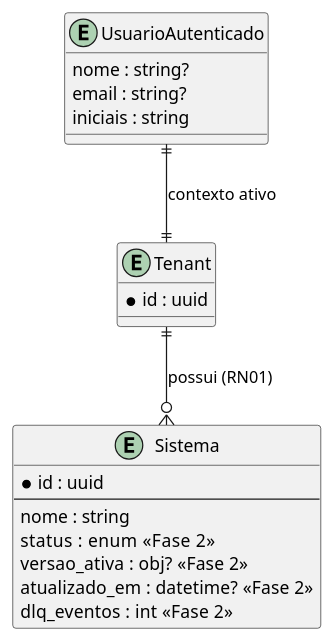
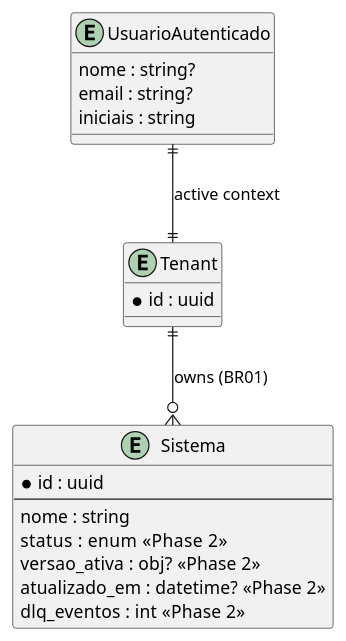
One commit to GiovaniRodrigo/arquitetura-mach-saas-nocode changed the diagram in specs/003-dashboard-integracao-dados/data-model.md. Above: the diagram before and after it, drawn with PlantUML. The commit also changed other lines of this file and 86 other files, not shown here.

````diff
--- a/specs/003-dashboard-integracao-dados/data-model.md
+++ b/specs/003-dashboard-integracao-dados/data-model.md
@@ -78,23 +78,23 @@
 ```plantuml
 @startuml
 entity "Tenant" {
   * id : uuid
 }
 entity "Sistema" {
   * id : uuid
   --
   nome : string
-  status : enum   <<Fase 2>>
-  versao_ativa : obj?  <<Fase 2>>
-  atualizado_em : datetime?  <<Fase 2>>
-  dlq_eventos : int  <<Fase 2>>
+  status : enum   <<Phase 2>>
+  versao_ativa : obj?  <<Phase 2>>
+  atualizado_em : datetime?  <<Phase 2>>
+  dlq_eventos : int  <<Phase 2>>
 }
 entity "UsuarioAutenticado" {
   nome : string?
   email : string?
   iniciais : string
 }
-Tenant ||--o{ Sistema : possui (RN01)
-UsuarioAutenticado ||--|| Tenant : contexto ativo
+Tenant ||--o{ Sistema : owns (BR01)
+UsuarioAutenticado ||--|| Tenant : active context
 @enduml
 ```
````
